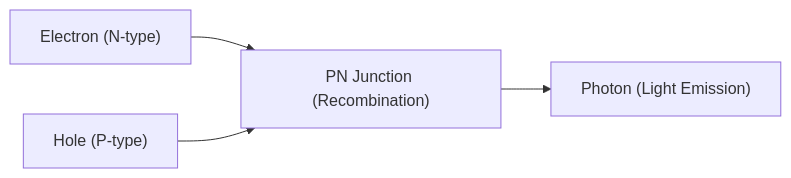
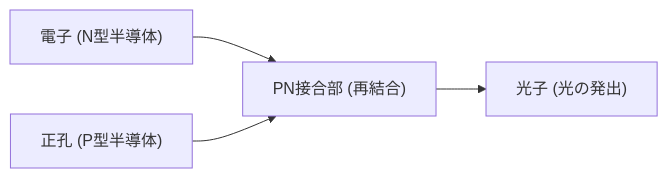
The diagram in content/post/physics-led-mechanism/index.md (kenjinote/blog), drawn with Mermaid before and after one commit. The commit also changed other lines of this file and 276 other files, not shown here.

````diff
--- a/content/post/physics-led-mechanism/index.md
+++ b/content/post/physics-led-mechanism/index.md
@@ -27,6 +69,6 @@
 ```mermaid
 graph LR
-    Electron["Electron (N-type)"] --> Junction["PN Junction (Recombination)"]
-    Hole["Hole (P-type)"] --> Junction
-    Junction --> Photon["Photon (Light Emission)"]
+    Electron["電子 (N型半導体)"] --> Junction["PN接合部 (再結合)"]
+    Hole["正孔 (P型半導体)"] --> Junction
+    Junction --> Photon["光子 (光の発出)"]
 ```
````
